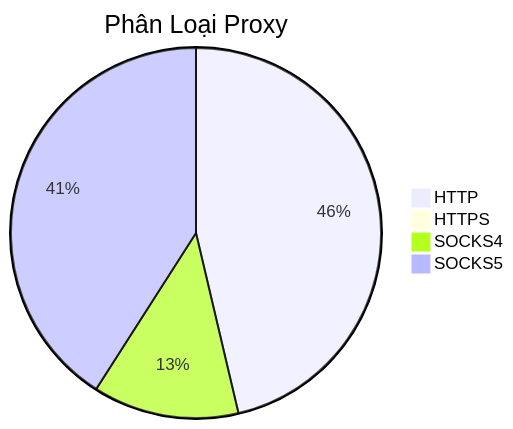
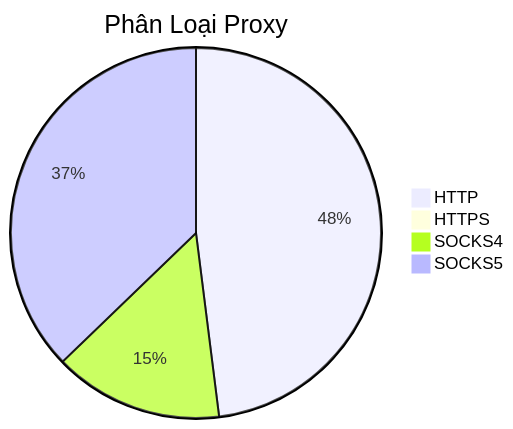
Before and after one commit to Ciara-12/PROXY-free: the diagram in README.md, drawn with Mermaid. The commit also changed other lines of this file and 4 other files, not shown here.

````diff
--- a/README.md
+++ b/README.md
@@ -26,7 +26,7 @@
 ```mermaid
 pie title Phân Loại Proxy
-    "HTTP" : 1069
-    "HTTPS" : 1
-    "SOCKS4" : 294
-    "SOCKS5" : 945
+    "HTTP" : 974
+    "HTTPS" : 0
+    "SOCKS4" : 300
+    "SOCKS5" : 755
 ```
````
